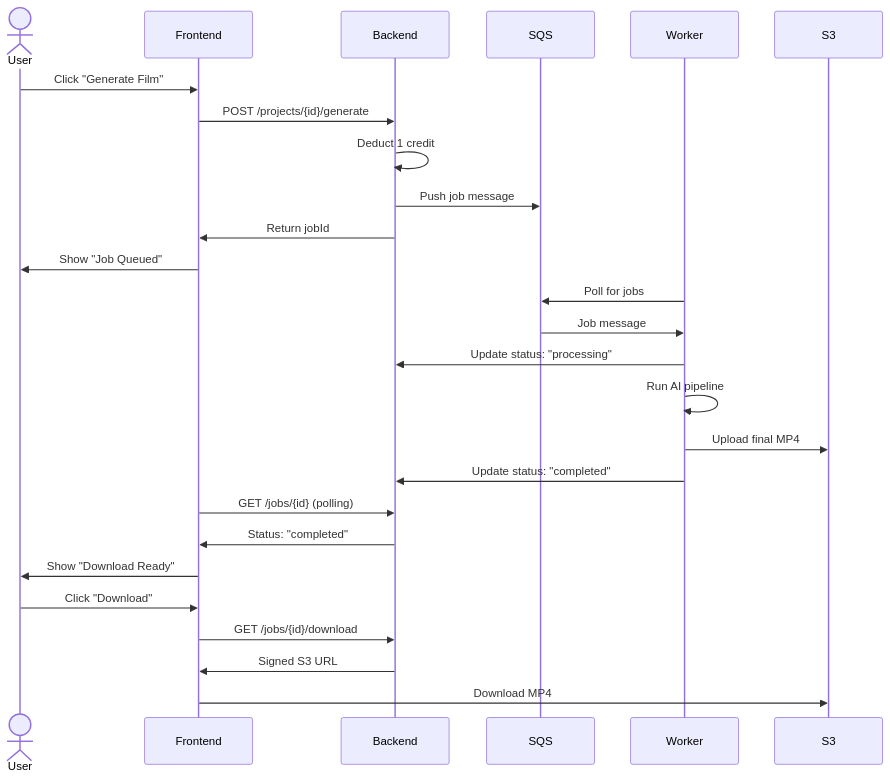
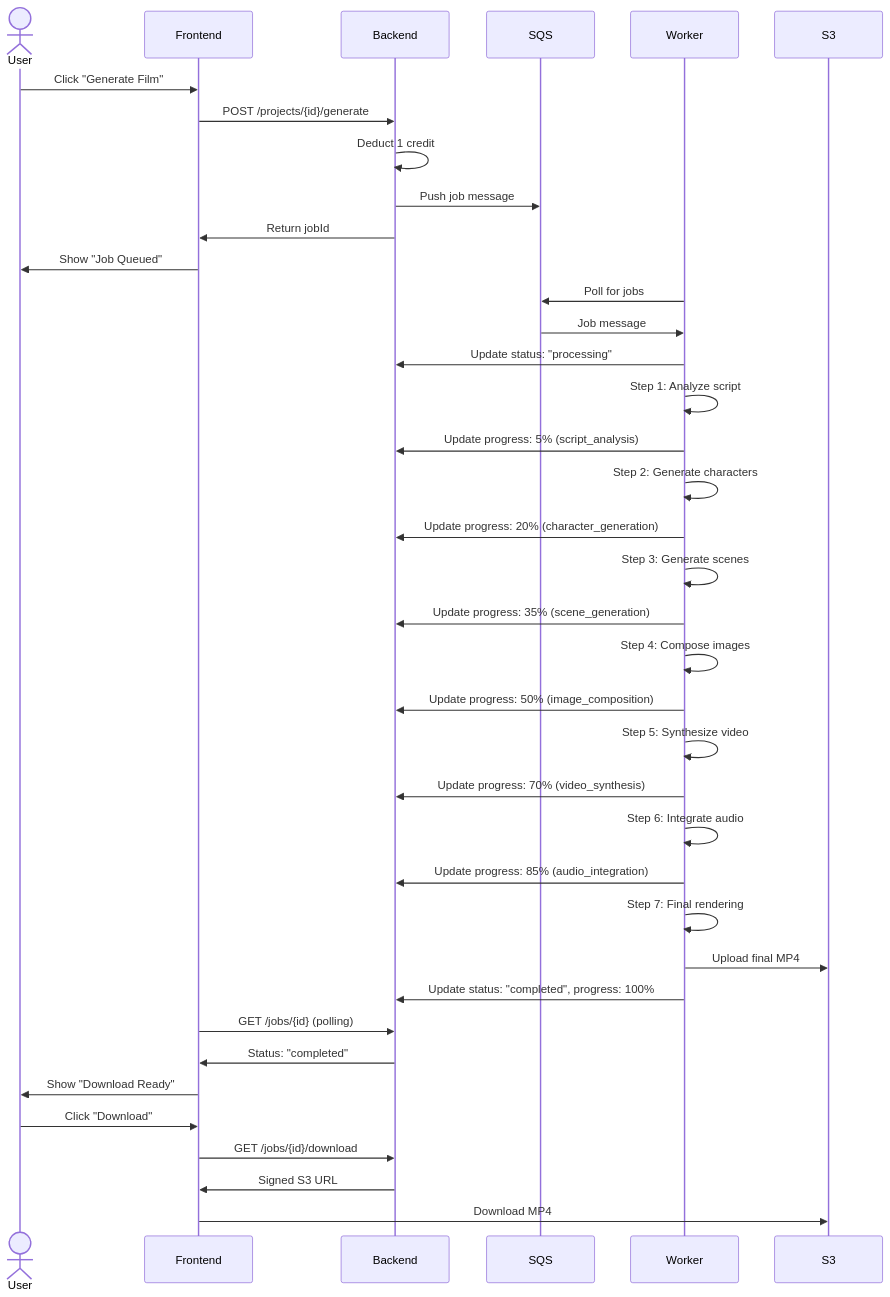
Before and after one commit to AI-Empower-HQ-360/AI-Film-Studio: the first of 2 diagrams in docs/requirements/FRD.md, drawn with Mermaid. The commit also changed other lines of this file and 3 other files, not shown here.

Commit message:
Add comprehensive image generation workflow documentation with cultural context

````diff
--- a/docs/requirements/FRD.md
+++ b/docs/requirements/FRD.md
@@ -408,31 +686,43 @@
 ```mermaid
 sequenceDiagram
     actor User
     participant Frontend
     participant Backend
     participant SQS
     participant Worker
     participant S3
 
     User->>Frontend: Click "Generate Film"
     Frontend->>Backend: POST /projects/{id}/generate
     Backend->>Backend: Deduct 1 credit
     Backend->>SQS: Push job message
     Backend->>Frontend: Return jobId
     Frontend->>User: Show "Job Queued"
     
     Worker->>SQS: Poll for jobs
     SQS->>Worker: Job message
     Worker->>Backend: Update status: "processing"
-    Worker->>Worker: Run AI pipeline
+    Worker->>Worker: Step 1: Analyze script
+    Worker->>Backend: Update progress: 5% (script_analysis)
+    Worker->>Worker: Step 2: Generate characters
+    Worker->>Backend: Update progress: 20% (character_generation)
+    Worker->>Worker: Step 3: Generate scenes
+    Worker->>Backend: Update progress: 35% (scene_generation)
+    Worker->>Worker: Step 4: Compose images
+    Worker->>Backend: Update progress: 50% (image_composition)
+    Worker->>Worker: Step 5: Synthesize video
+    Worker->>Backend: Update progress: 70% (video_synthesis)
+    Worker->>Worker: Step 6: Integrate audio
+    Worker->>Backend: Update progress: 85% (audio_integration)
+    Worker->>Worker: Step 7: Final rendering
     Worker->>S3: Upload final MP4
-    Worker->>Backend: Update status: "completed"
+    Worker->>Backend: Update status: "completed", progress: 100%
     
     Frontend->>Backend: GET /jobs/{id} (polling)
     Backend->>Frontend: Status: "completed"
     Frontend->>User: Show "Download Ready"
     User->>Frontend: Click "Download"
     Frontend->>Backend: GET /jobs/{id}/download
     Backend->>Frontend: Signed S3 URL
     Frontend->>S3: Download MP4
 ```
````
